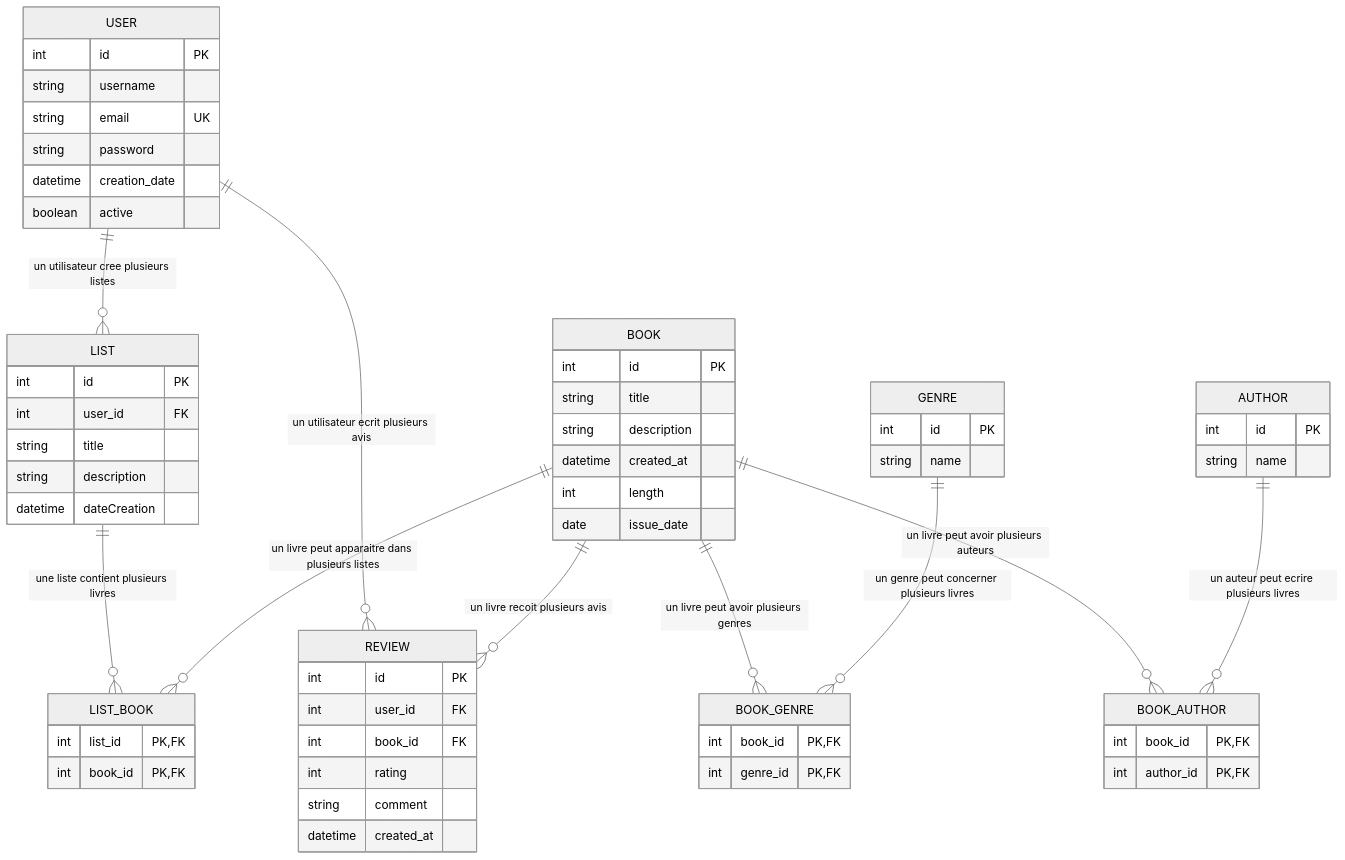
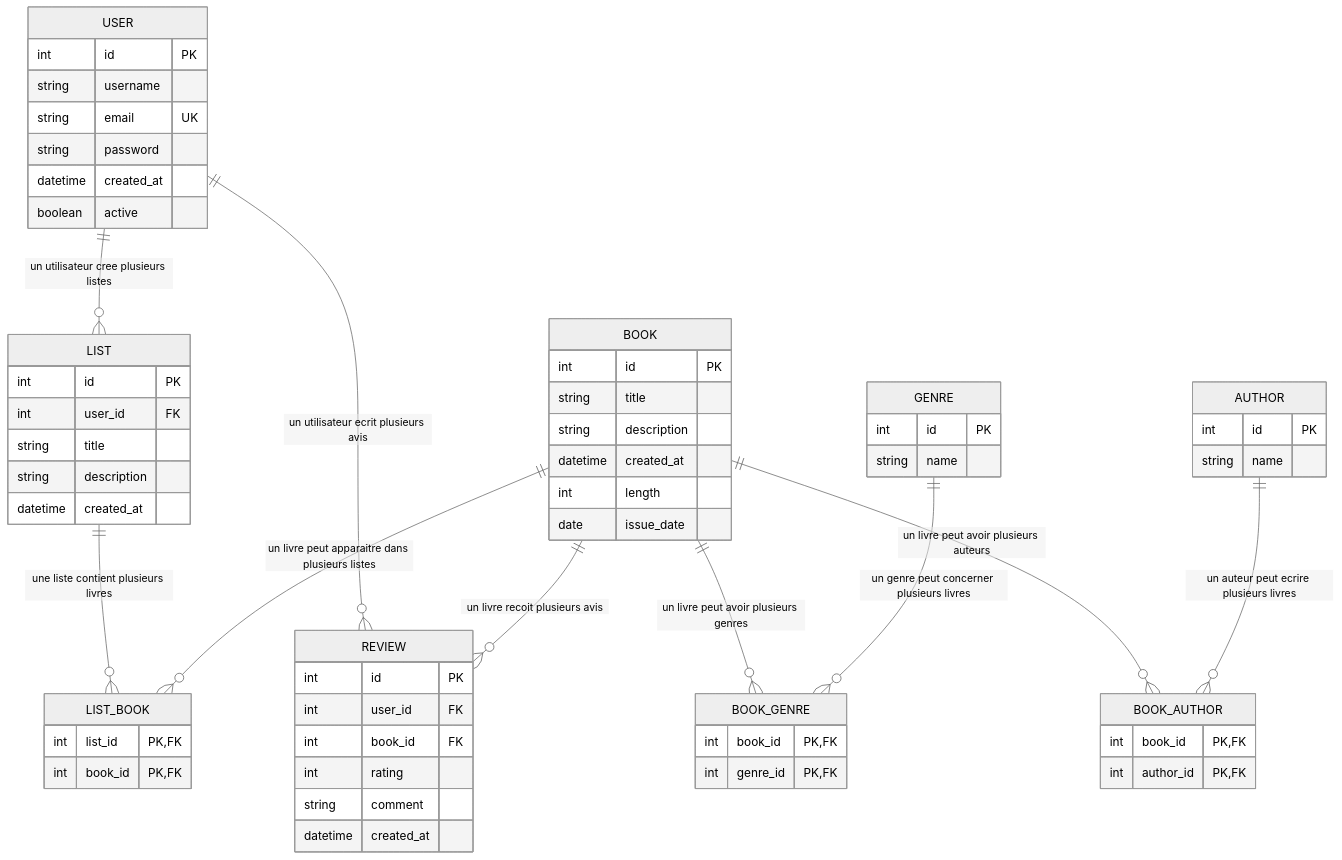
Before and after one commit to Chloebert/library-project: the diagram in backend/docs/schema-bdd.md, drawn with Mermaid (neutral theme). The commit also changed 10 other files, not shown here.

````diff
--- a/backend/docs/schema-bdd.md
+++ b/backend/docs/schema-bdd.md
@@ -3,74 +3,74 @@
 ```mermaid
 erDiagram
     USER {
         int id PK
         string username
         string email UK
         string password
-        datetime creation_date
+        datetime created_at
         boolean active
     }
 
     LIST {
         int id PK
         int user_id FK
         string title
         string description
-        datetime dateCreation
+        datetime created_at
     }
 
     BOOK {
         int id PK
         string title
         string description
         datetime created_at
         int length
         date issue_date
     }
 
     REVIEW {
         int id PK
         int user_id FK
         int book_id FK
         int rating
         string comment
         datetime created_at
     }
 
     GENRE {
         int id PK
         string name
     }
 
     AUTHOR {
         int id PK
         string name
     }
 
     BOOK_GENRE {
         int book_id PK,FK
         int genre_id PK,FK
     }
 
     BOOK_AUTHOR {
         int book_id PK,FK
         int author_id PK,FK
     }
 
     LIST_BOOK {
         int list_id PK,FK
         int book_id PK,FK
     }
 
     USER ||--o{ LIST : "un utilisateur cree plusieurs listes"
     LIST ||--o{ LIST_BOOK : "une liste contient plusieurs livres"
     BOOK ||--o{ LIST_BOOK : "un livre peut apparaitre dans plusieurs listes"
     USER ||--o{ REVIEW : "un utilisateur ecrit plusieurs avis"
     BOOK ||--o{ REVIEW : "un livre recoit plusieurs avis"
 
     BOOK ||--o{ BOOK_GENRE : "un livre peut avoir plusieurs genres"
     GENRE ||--o{ BOOK_GENRE : "un genre peut concerner plusieurs livres"
 
     BOOK ||--o{ BOOK_AUTHOR : "un livre peut avoir plusieurs auteurs"
     AUTHOR ||--o{ BOOK_AUTHOR : "un auteur peut ecrire plusieurs livres"
 ```
````
